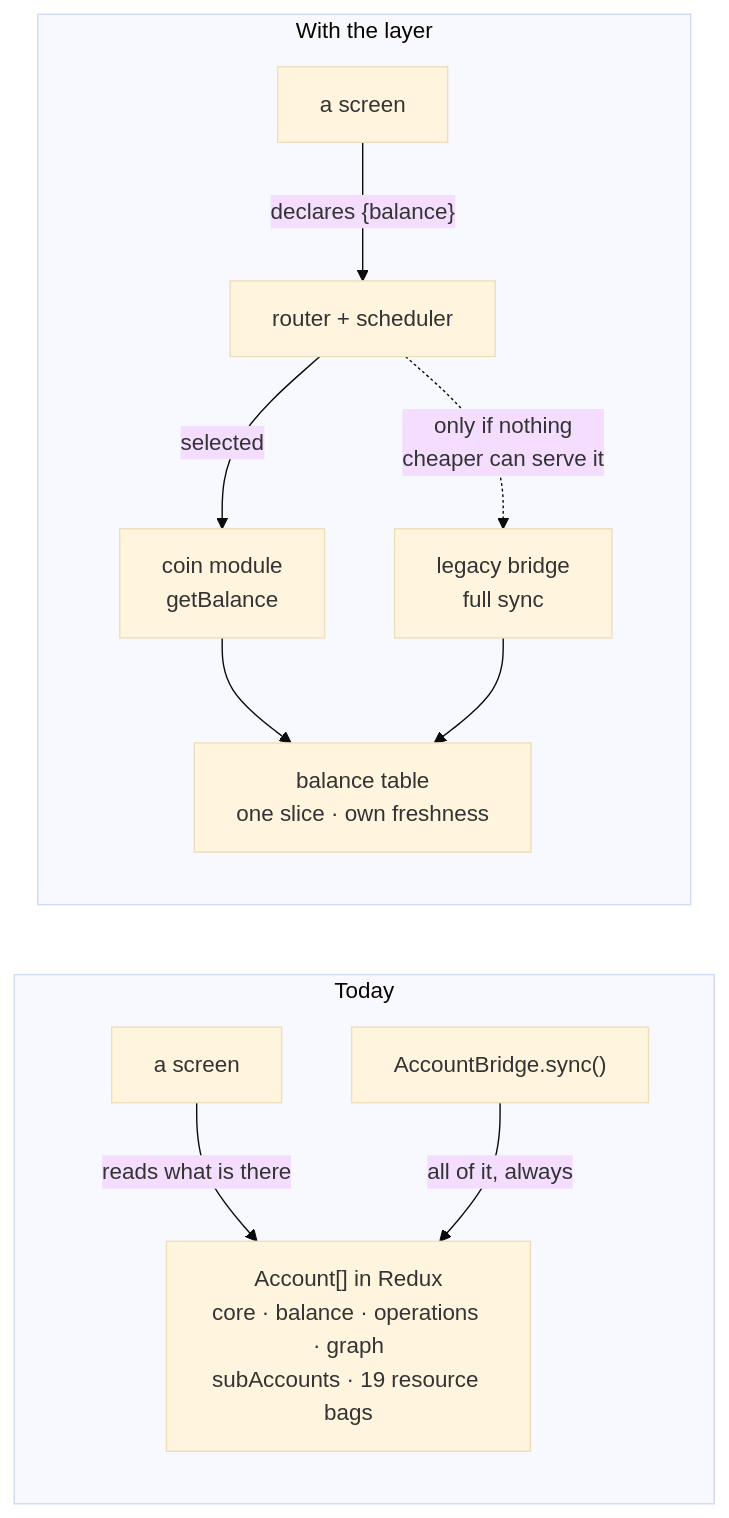
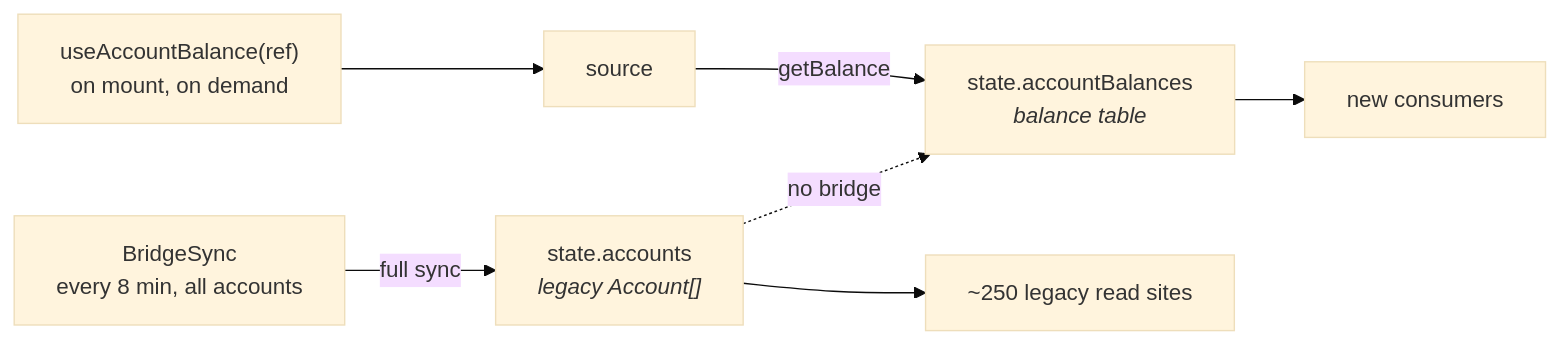
The first of 3 diagrams in docs/account-data-layer.md (LedgerHQ/ledger-live), drawn with Mermaid (base theme) before and after one commit. The commit also changed other lines of this file, not shown here.

First line of the commit message:
docs(account-data): state the purpose before the design (LIVE-36765)

````diff
--- a/docs/account-data-layer.md
+++ b/docs/account-data-layer.md
@@ -26,16 +174,9 @@
 ```mermaid
 flowchart LR
-    subgraph today["Today"]
-        direction TB
-        s1["a screen"] -->|"reads what is there"| acc["Account[] in Redux<br/>core · balance · operations · graph<br/>subAccounts · 19 resource bags"]
-        sync["AccountBridge.sync()"] -->|"all of it, always"| acc
-    end
-    subgraph after["With the layer"]
-        direction TB
-        s2["a screen"] -->|"declares {balance}"| rt["router + scheduler"]
-        rt -->|"selected"| cm["coin module<br/>getBalance"]
-        rt -.->|"only if nothing<br/>cheaper can serve it"| lb["legacy bridge<br/>full sync"]
-        cm --> tbl["balance table<br/>one slice · own freshness"]
-        lb --> tbl
-    end
+    bs["BridgeSync<br/>every 8 min, all accounts"] -->|"full sync"| acc["state.accounts<br/><i>legacy Account[]</i>"]
+    hook["useAccountBalance(ref)<br/>on mount, on demand"] --> src["source"]
+    src -->|"getBalance"| tbl["state.accountBalances<br/><i>balance table</i>"]
+    acc -.->|"no bridge"| tbl
+    acc --> old["~250 legacy read sites"]
+    tbl --> new["new consumers"]
 ```
````
